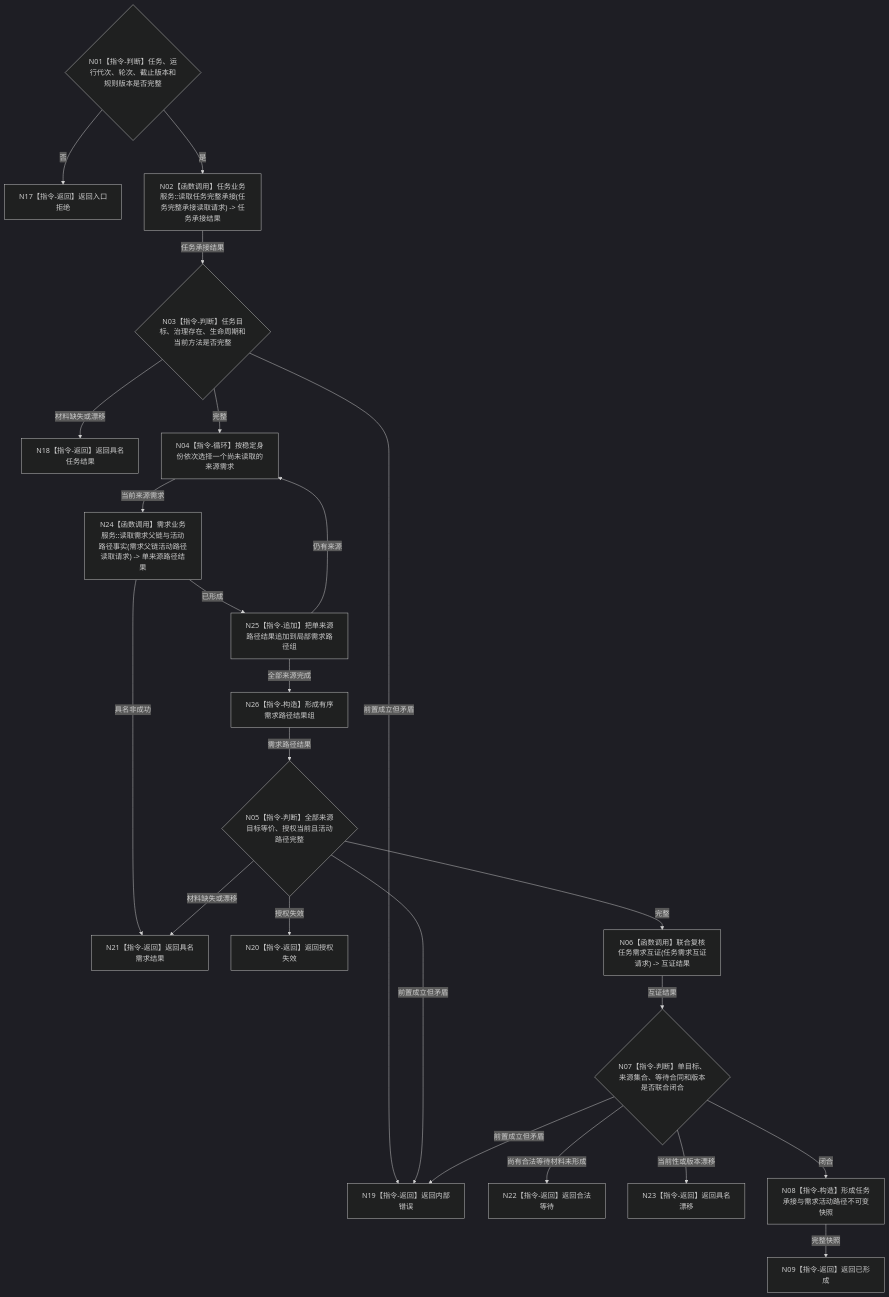
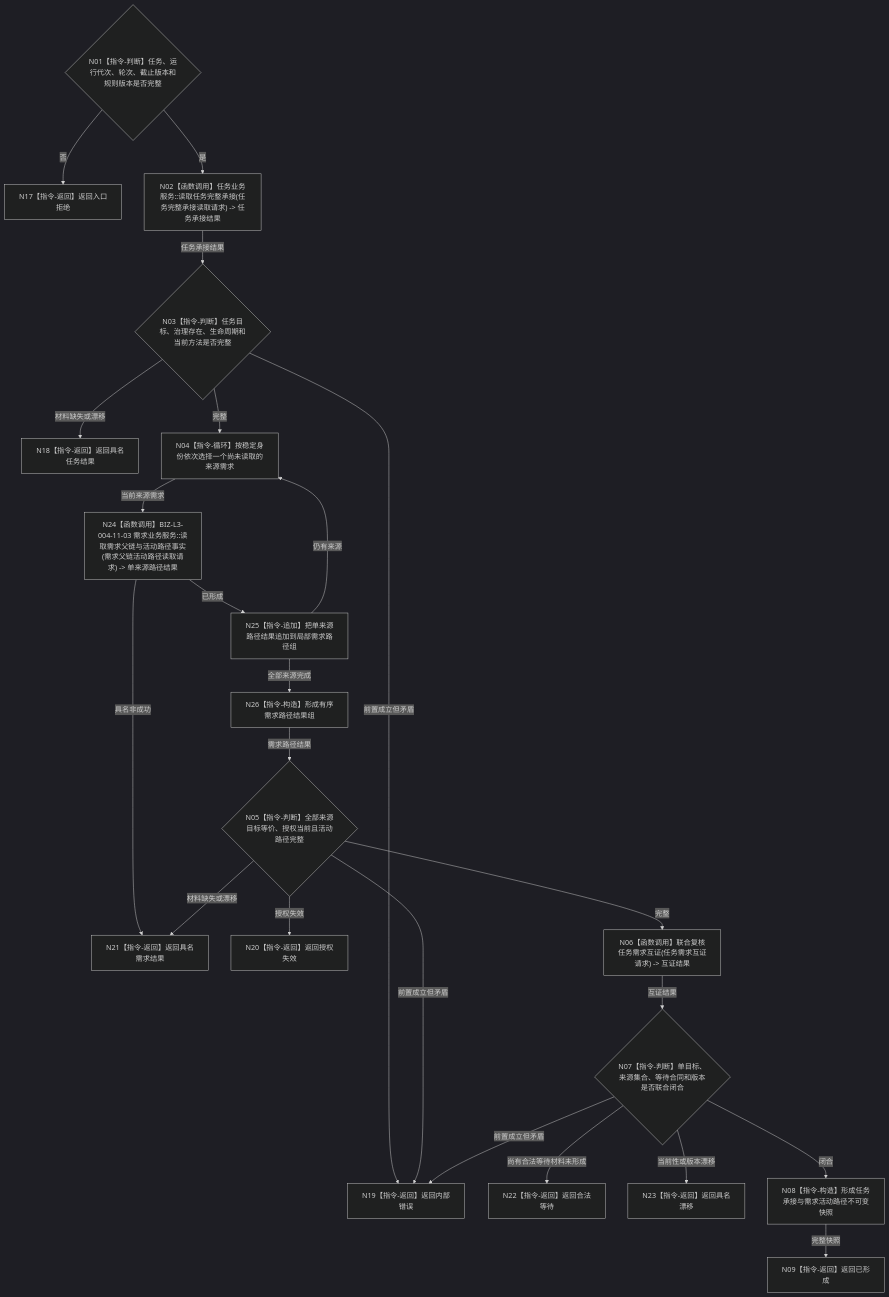
One commit to chunhaizh-cyber/HY-Ego changed the diagram in 流程图/目标业务流程图/L2/BIZ-L2-004-11_完整读回任务承接与需求活动路径_目标函数流程图_v0.1.md. Above: the diagram before and after it, drawn with Mermaid (dark theme). The commit also changed other lines of this file and 31 other files, not shown here.

````diff
--- a/流程图/目标业务流程图/L2/BIZ-L2-004-11_完整读回任务承接与需求活动路径_目标函数流程图_v0.1.md
+++ b/流程图/目标业务流程图/L2/BIZ-L2-004-11_完整读回任务承接与需求活动路径_目标函数流程图_v0.1.md
@@ -33,25 +33,25 @@
 ```mermaid
 flowchart TD
     N01{"N01【指令-判断】任务、运行代次、轮次、截止版本和规则版本是否完整"} -->|否| N17["N17【指令-返回】返回入口拒绝"]
     N01 -->|是| N02["N02【函数调用】任务业务服务::读取任务完整承接(任务完整承接读取请求) -> 任务承接结果"]
     N02 -->|任务承接结果| N03{"N03【指令-判断】任务目标、治理存在、生命周期和当前方法是否完整"}
     N03 -->|材料缺失或漂移| N18["N18【指令-返回】返回具名任务结果"]
     N03 -->|前置成立但矛盾| N19["N19【指令-返回】返回内部错误"]
     N03 -->|完整| N04["N04【指令-循环】按稳定身份依次选择一个尚未读取的来源需求"]
-    N04 -->|当前来源需求| N24["N24【函数调用】需求业务服务::读取需求父链与活动路径事实(需求父链活动路径读取请求) -> 单来源路径结果"]
+    N04 -->|当前来源需求| N24["N24【函数调用】BIZ-L3-004-11-03 需求业务服务::读取需求父链与活动路径事实(需求父链活动路径读取请求) -> 单来源路径结果"]
     N24 -->|具名非成功| N21
     N24 -->|已形成| N25["N25【指令-追加】把单来源路径结果追加到局部需求路径组"]
     N25 -->|仍有来源| N04
     N25 -->|全部来源完成| N26["N26【指令-构造】形成有序需求路径结果组"]
     N26 -->|需求路径结果| N05{"N05【指令-判断】全部来源目标等价、授权当前且活动路径完整"}
     N05 -->|授权失效| N20["N20【指令-返回】返回授权失效"]
     N05 -->|材料缺失或漂移| N21["N21【指令-返回】返回具名需求结果"]
     N05 -->|前置成立但矛盾| N19
     N05 -->|完整| N06["N06【函数调用】联合复核任务需求互证(任务需求互证请求) -> 互证结果"]
     N06 -->|互证结果| N07{"N07【指令-判断】单目标、来源集合、等待合同和版本是否联合闭合"}
     N07 -->|尚有合法等待材料未形成| N22["N22【指令-返回】返回合法等待"]
     N07 -->|当前性或版本漂移| N23["N23【指令-返回】返回具名漂移"]
     N07 -->|前置成立但矛盾| N19
     N07 -->|闭合| N08["N08【指令-构造】形成任务承接与需求活动路径不可变快照"]
     N08 -->|完整快照| N09["N09【指令-返回】返回已形成"]
 ```
````
